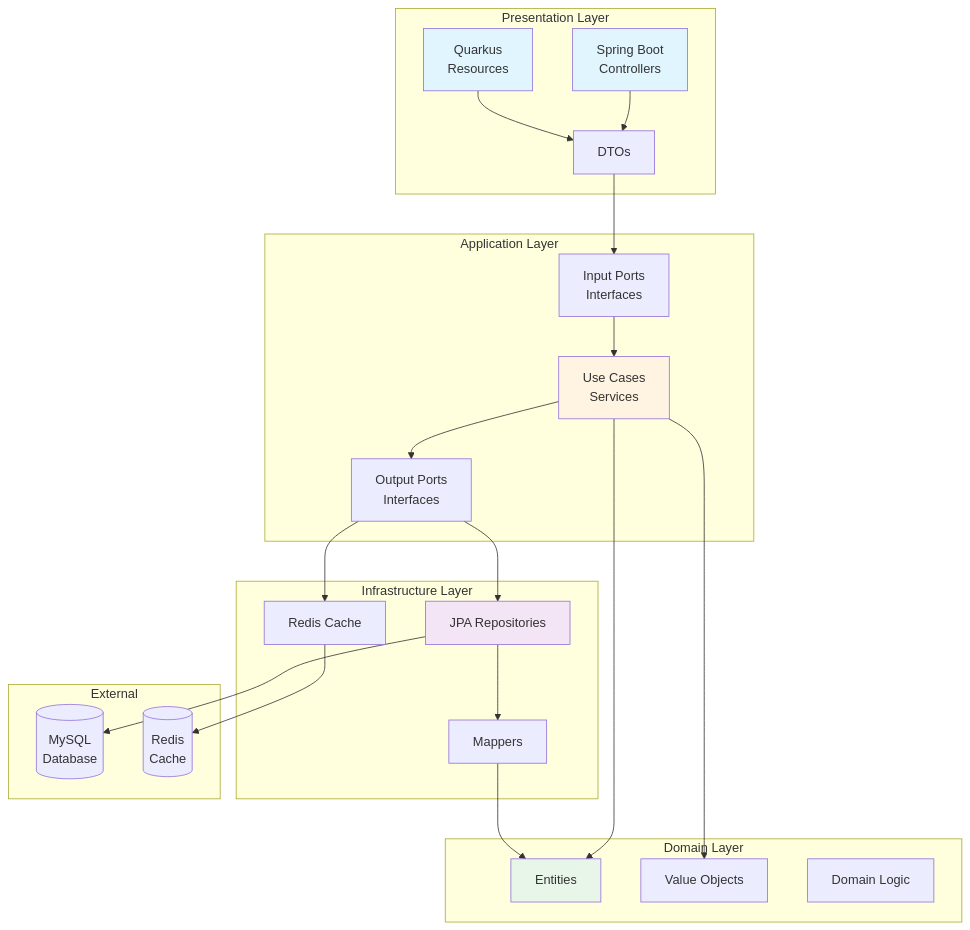
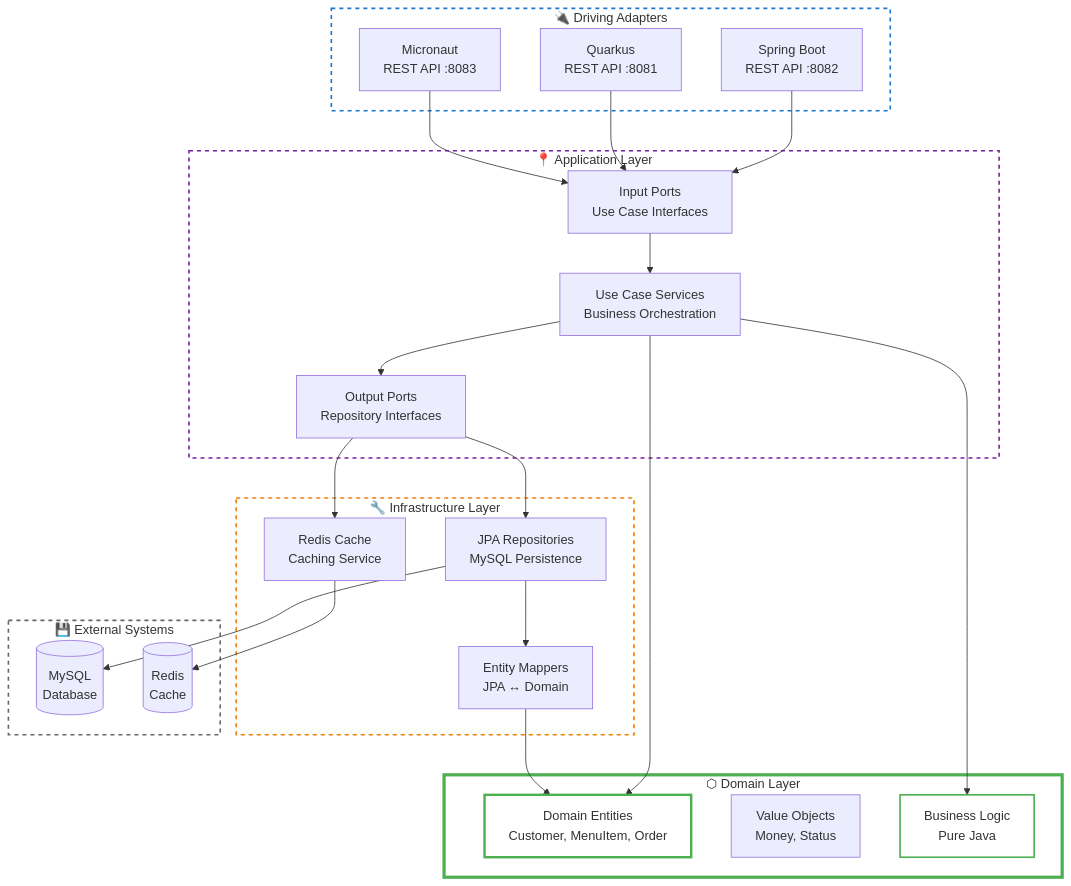
One commit to leandro-yamaniha/java-hexagonal changed the first of 11 diagrams in docs/backend/ARCHITECTURE_DIAGRAMS.md. Above: the diagram before and after it, drawn with Mermaid. The commit also changed other lines of this file and 6 other files, not shown here.

Commit message:
docs: add frontend Angular documentation and architecture diagrams

````diff
--- a/docs/backend/ARCHITECTURE_DIAGRAMS.md
+++ b/docs/backend/ARCHITECTURE_DIAGRAMS.md
@@ -5,51 +5,57 @@
 ```mermaid
-graph TB
-    subgraph "Presentation Layer"
-        A[Spring Boot<br/>Controllers] 
-        B[Quarkus<br/>Resources]
-        C[DTOs]
+flowchart TB
+    subgraph Driving["🔌 Driving Adapters"]
+        Spring[Spring Boot<br/>REST API :8082]
+        Quarkus[Quarkus<br/>REST API :8081]
+        Micronaut[Micronaut<br/>REST API :8083]
     end
     
-    subgraph "Application Layer"
-        D[Use Cases<br/>Services]
-        E[Input Ports<br/>Interfaces]
-        F[Output Ports<br/>Interfaces]
+    subgraph Application["📍 Application Layer"]
+        PortIn[Input Ports<br/>Use Case Interfaces]
+        Services[Use Case Services<br/>Business Orchestration]
+        PortOut[Output Ports<br/>Repository Interfaces]
     end
     
-    subgraph "Domain Layer"
-        G[Entities]
-        H[Value Objects]
-        I[Domain Logic]
+    subgraph Domain["⬡ Domain Layer"]
+        Entities[Domain Entities<br/>Customer, MenuItem, Order]
+        ValueObjects[Value Objects<br/>Money, Status]
+        Logic[Business Logic<br/>Pure Java]
     end
     
-    subgraph "Infrastructure Layer"
-        J[JPA Repositories]
-        K[Redis Cache]
-        L[Mappers]
+    subgraph Infrastructure["🔧 Infrastructure Layer"]
+        JPA[JPA Repositories<br/>MySQL Persistence]
+        Redis[Redis Cache<br/>Caching Service]
+        Mappers[Entity Mappers<br/>JPA ↔ Domain]
     end
     
-    subgraph "External"
-        M[(MySQL<br/>Database)]
-        N[(Redis<br/>Cache)]
+    subgraph External["💾 External Systems"]
+        MySQL[(MySQL<br/>Database)]
+        RedisDB[(Redis<br/>Cache)]
     end
     
-    A --> C
-    B --> C
-    C --> E
-    E --> D
-    D --> F
-    D --> G
-    D --> H
-    F --> J
-    F --> K
-    J --> L
-    L --> G
-    J --> M
-    K --> N
+    Spring --> PortIn
+    Quarkus --> PortIn
+    Micronaut --> PortIn
     
-    style A fill:#e1f5ff
-    style B fill:#e1f5ff
-    style D fill:#fff4e1
-    style G fill:#e8f5e9
-    style J fill:#f3e5f5
+    PortIn --> Services
+    Services --> Entities
+    Services --> Logic
+    Services --> PortOut
+    
+    PortOut --> JPA
+    PortOut --> Redis
+    
+    JPA --> Mappers
+    Mappers --> Entities
+    
+    JPA --> MySQL
+    Redis --> RedisDB
+    
+    style Driving fill:none,stroke:#1976D2,stroke-width:2px,stroke-dasharray: 5 5
+    style Application fill:none,stroke:#7B1FA2,stroke-width:2px,stroke-dasharray: 5 5
+    style Domain fill:none,stroke:#4caf50,stroke-width:4px
+    style Infrastructure fill:none,stroke:#F57C00,stroke-width:2px,stroke-dasharray: 5 5
+    style External fill:none,stroke:#666,stroke-width:2px,stroke-dasharray: 5 5
+    style Entities fill:none,stroke:#4caf50,stroke-width:3px
+    style Logic fill:none,stroke:#4caf50,stroke-width:2px
 ```
````
